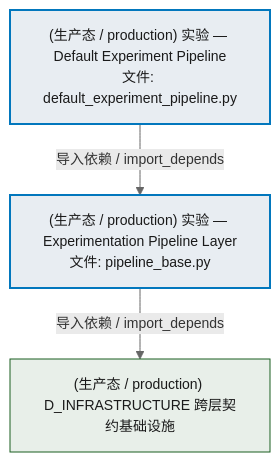
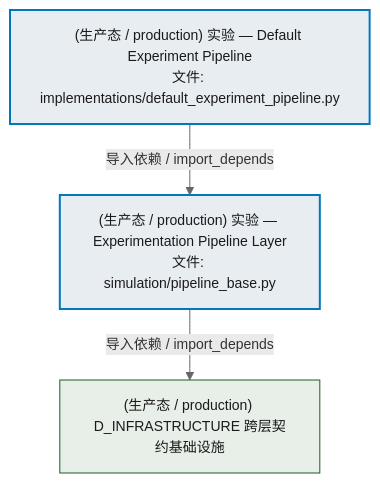
Before and after one commit to xuanFelixVan/ZephyrAlpha: the first of 3 diagrams in docs/02_enterprise_architecture/02_domain_architecture_docs/70_d_simulation.md, drawn with Mermaid. The commit also changed other lines of this file and 63 other files, not shown here.

````diff
--- a/docs/02_enterprise_architecture/02_domain_architecture_docs/70_d_simulation.md
+++ b/docs/02_enterprise_architecture/02_domain_architecture_docs/70_d_simulation.md
@@ -62,15 +62,15 @@
 ```mermaid
 %%{init: {'theme': 'base', 'themeVariables': {'primaryColor': '#eaeaea', 'primaryTextColor': '#333333', 'primaryBorderColor': '#666666', 'lineColor': '#666666', 'secondaryColor': '#eaeaea', 'tertiaryColor': '#eaeaea', 'fontSize': '14px'}}}%%
 flowchart TD
-    src_zephyr_simulation_implementations_default_experiment_pipeline_py["(生产态 / production) 实验 — Default Experiment Pipeline<br/>文件: default_experiment_pipeline.py"]
-    src_zephyr_simulation_pipeline_base_py["(生产态 / production) 实验 — Experimentation Pipeline Layer<br/>文件: pipeline_base.py"]
+    src_zephyr_simulation_implementations_default_experiment_pipeline_py["(生产态 / production) 实验 — Default Experiment Pipeline<br/>文件: implementations/default_experiment_pipeline.py"]
+    src_zephyr_simulation_pipeline_base_py["(生产态 / production) 实验 — Experimentation Pipeline Layer<br/>文件: simulation/pipeline_base.py"]
     src_zephyr_simulation_implementations_default_experiment_pipeline_py -->|导入依赖 / import_depends| src_zephyr_simulation_pipeline_base_py
     D_INFRASTRUCTURE["(生产态 / production) D_INFRASTRUCTURE 跨层契约基础设施"]
     src_zephyr_simulation_pipeline_base_py -->|导入依赖 / import_depends| D_INFRASTRUCTURE
     classDef production fill:#e8edf2,stroke:#0277bd,stroke-width:2px,color:#1a1a1a
     classDef design fill:#f0ebe3,stroke:#bf360c,stroke-width:2px,color:#1a1a1a,stroke-dasharray: 5 5
     classDef external_prod fill:#e8efe9,stroke:#1b5e20,stroke-width:1px,color:#1a1a1a
     classDef external_design fill:#efe5ea,stroke:#880e4f,stroke-width:1px,color:#1a1a1a,stroke-dasharray: 5 5
     class src_zephyr_simulation_implementations_default_experiment_pipeline_py,src_zephyr_simulation_pipeline_base_py production
     class D_INFRASTRUCTURE external_prod
 ```
````
